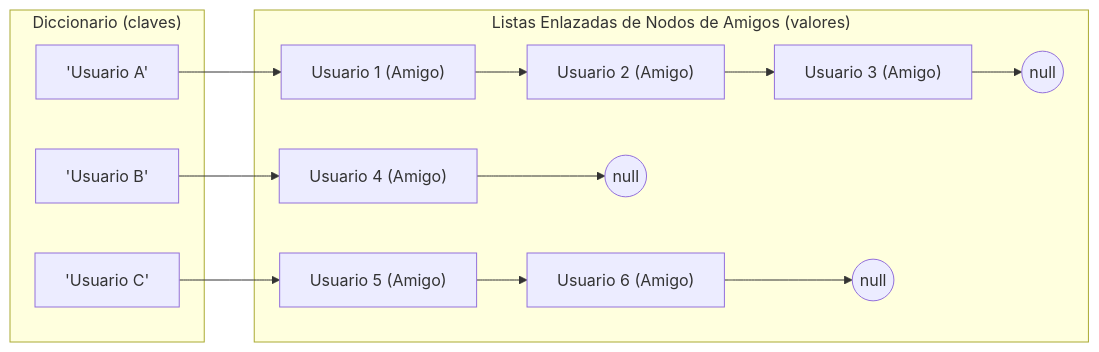
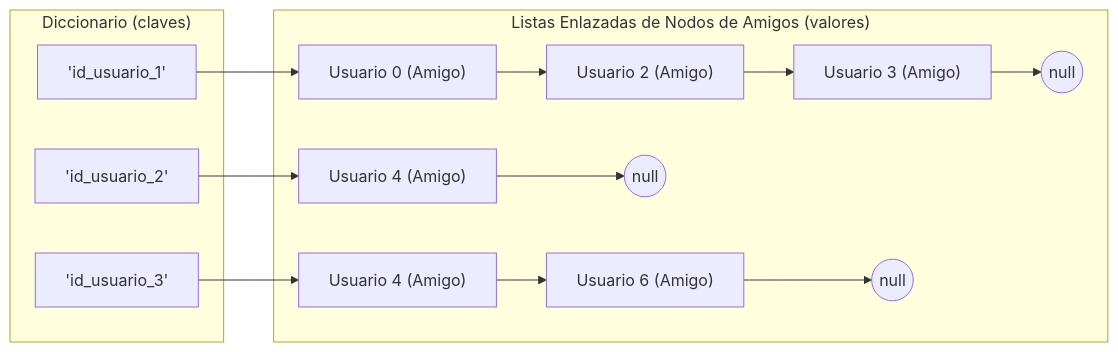
One commit to College-Homework-Repos/tarea1-estructura-de-datos-twitter-dataset changed the second of 6 diagrams in README.md. Above: the diagram before and after it, drawn with Mermaid. The commit also changed other lines of this file and 1 other file, not shown here.

Commit message:
Improve readme documentation for graph

````diff
--- a/README.md
+++ b/README.md
@@ -37,22 +68,22 @@
 ```mermaid
 graph LR
     subgraph D["Diccionario (claves)"]
-        K1["'Usuario A'"]
-        K2["'Usuario B'"]
-        K3["'Usuario C'"]
+        K1["'id_usuario_1'"]
+        K2["'id_usuario_2'"]
+        K3["'id_usuario_3'"]
     end
 
     subgraph L["Listas Enlazadas de Nodos de Amigos (valores)"]
-        K1 --> NodeA1["Usuario 1 (Amigo)"]
+        K1 --> NodeA1["Usuario 0 (Amigo)"]
         NodeA1 --> NodeA2["Usuario 2 (Amigo)"]
         NodeA2 --> NodeA3["Usuario 3 (Amigo)"]
         NodeA3 --> Null1((null))
 
         K2 --> NodeB1["Usuario 4 (Amigo)"]
         NodeB1 --> Null2((null))
 
-        K3 --> NodeC1["Usuario 5 (Amigo)"]
+        K3 --> NodeC1["Usuario 4 (Amigo)"]
         NodeC1 --> NodeC2["Usuario 6 (Amigo)"]
         NodeC2 --> Null3((null))
     end
 ```
````
